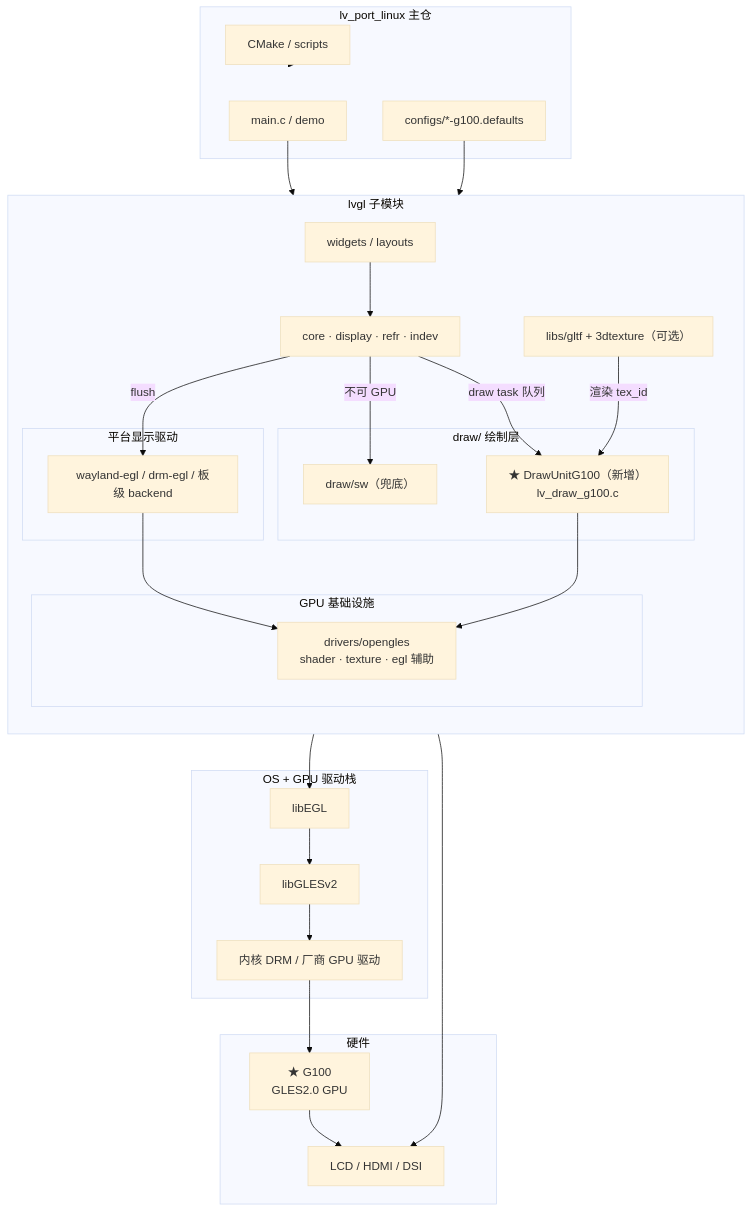
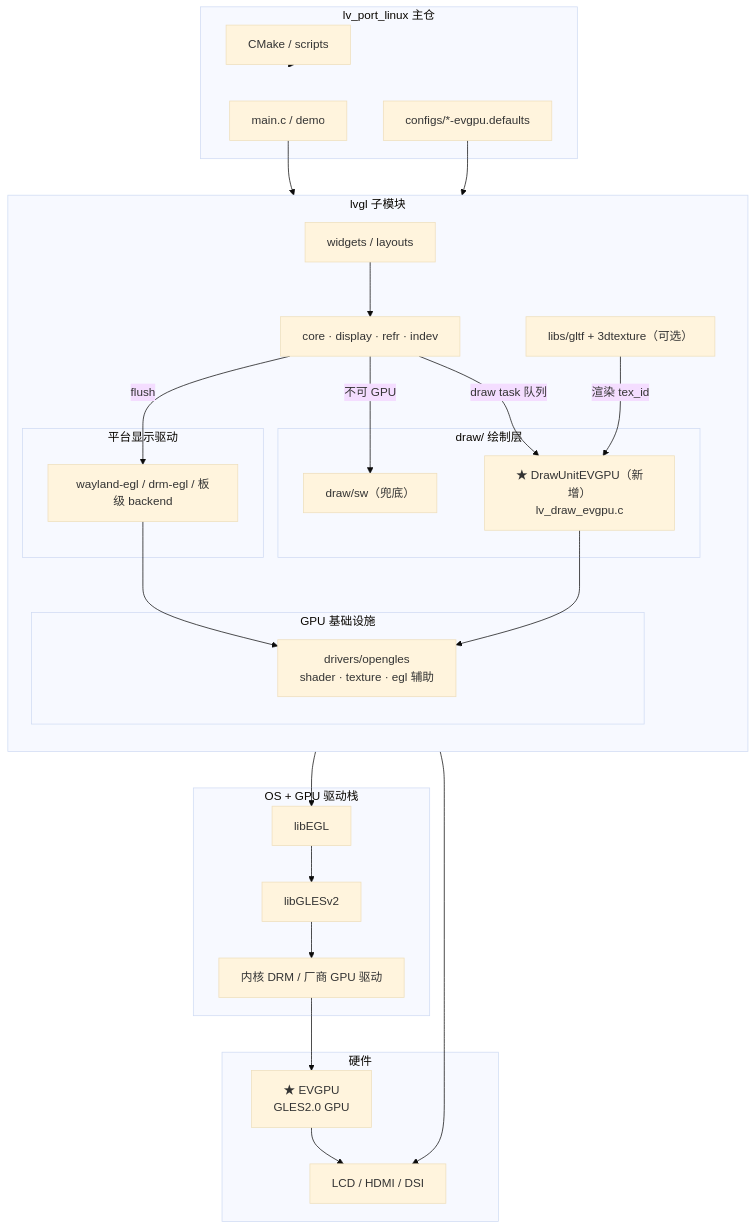
One commit to ganzhong007/lv_port_linux changed the first of 9 diagrams in docs/opengles2_gpu_integration_guide.md. Above: the diagram before and after it, drawn with Mermaid (base theme). The commit also changed other lines of this file and 13 other files, not shown here.

First line of the commit message:
refactor(evgpu): rename G100 docs/configs/scripts to EVGPU

````diff
--- a/docs/opengles2_gpu_integration_guide.md
+++ b/docs/opengles2_gpu_integration_guide.md
@@ -34,49 +34,49 @@
 ```mermaid
 flowchart TB
     subgraph MAIN["lv_port_linux 主仓"]
         APP["main.c / demo"]
-        CONF["configs/*-g100.defaults"]
+        CONF["configs/*-evgpu.defaults"]
         BUILD["CMake / scripts"]
     end
 
     subgraph LVGL["lvgl 子模块"]
         direction TB
         WDG["widgets / layouts"]
         CORE["core · display · refr · indev"]
         subgraph DRAW_LAYER["draw/ 绘制层"]
-            DU["★ DrawUnitG100（新增）<br/>lv_draw_g100.c"]
+            DU["★ DrawUnitEVGPU（新增）<br/>lv_draw_evgpu.c"]
             SWU["draw/sw（兜底）"]
         end
         subgraph INFRA["GPU 基础设施"]
             OGLDRV["drivers/opengles<br/>shader · texture · egl 辅助"]
         end
         subgraph PLAT["平台显示驱动"]
             BE["wayland-egl / drm-egl / 板级 backend"]
         end
         GLTF["libs/gltf + 3dtexture（可选）"]
     end
 
     subgraph OS_DRV["OS + GPU 驱动栈"]
         EGL["libEGL"]
         GLES["libGLESv2"]
         KMD["内核 DRM / 厂商 GPU 驱动"]
     end
 
     subgraph HW["硬件"]
-        G100["★ G100<br/>GLES2.0 GPU"]
+        EVGPU["★ EVGPU<br/>GLES2.0 GPU"]
         PANEL["LCD / HDMI / DSI"]
     end
 
     APP --> WDG --> CORE
     CONF --> LVGL
     BUILD --> MAIN
     CORE -->|draw task 队列| DU
     CORE -->|不可 GPU| SWU
     DU --> OGLDRV
     GLTF -->|渲染 tex_id| DU
     CORE -->|flush| BE
     BE --> OGLDRV
-    OGLDRV --> EGL --> GLES --> KMD --> G100
+    OGLDRV --> EGL --> GLES --> KMD --> EVGPU
     BE --> PANEL
-    G100 --> PANEL
+    EVGPU --> PANEL
 ```
````
